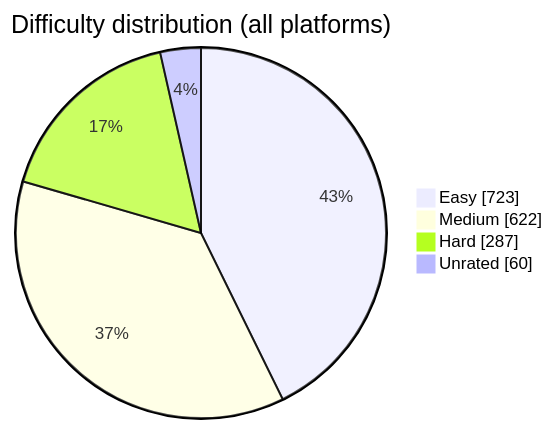
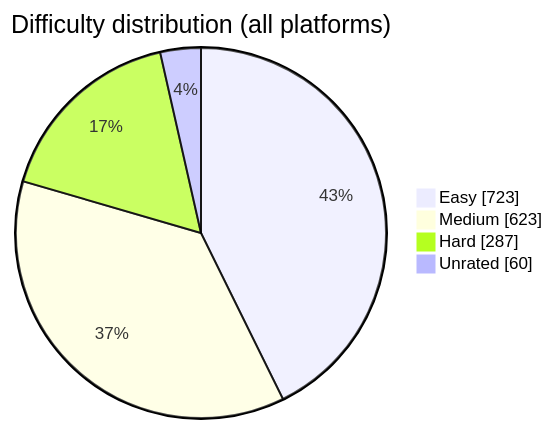
The diagram in README.md (BuildbyArindam/Daily-Coding-Log), drawn with Mermaid before and after one commit. The commit also changed other lines of this file, not shown here.

````diff
--- a/README.md
+++ b/README.md
@@ -93,7 +93,7 @@
 ```mermaid
 pie showData title Difficulty distribution (all platforms)
     "Easy" : 723
-    "Medium" : 622
+    "Medium" : 623
     "Hard" : 287
     "Unrated" : 60
 ```
````
